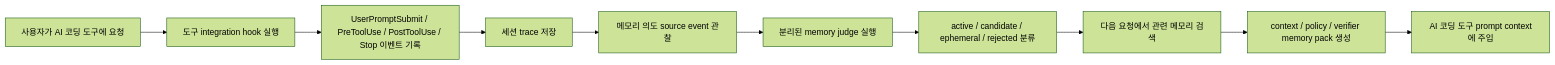
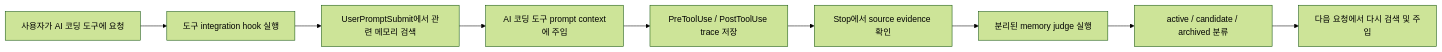
The first of 8 diagrams in README.md (lteawoo/MemAssist), drawn with Mermaid (forest theme) before and after one commit. The commit also changed other lines of this file and 22 other files, not shown here.

Commit message:
feat(memory): Markdown 기반 메모리 SSOT 적용

````diff
--- a/README.md
+++ b/README.md
@@ -116,12 +116,11 @@
 ```mermaid
 flowchart LR
     A[사용자가 AI 코딩 도구에 요청] --> B[도구 integration hook 실행]
-    B --> C[UserPromptSubmit / PreToolUse / PostToolUse / Stop 이벤트 기록]
-    C --> D[세션 trace 저장]
-    D --> E[메모리 의도 source event 관찰]
-    E --> F[분리된 memory judge 실행]
-    F --> G[active / candidate / ephemeral / rejected 분류]
-    G --> H[다음 요청에서 관련 메모리 검색]
-    H --> I[context / policy / verifier memory pack 생성]
-    I --> J[AI 코딩 도구 prompt context에 주입]
+    B --> C[UserPromptSubmit에서 관련 메모리 검색]
+    C --> D[AI 코딩 도구 prompt context에 주입]
+    D --> E[PreToolUse / PostToolUse trace 저장]
+    E --> F[Stop에서 source evidence 확인]
+    F --> G[분리된 memory judge 실행]
+    G --> H[active / candidate / archived 분류]
+    H --> I[다음 요청에서 다시 검색 및 주입]
 ```
````
